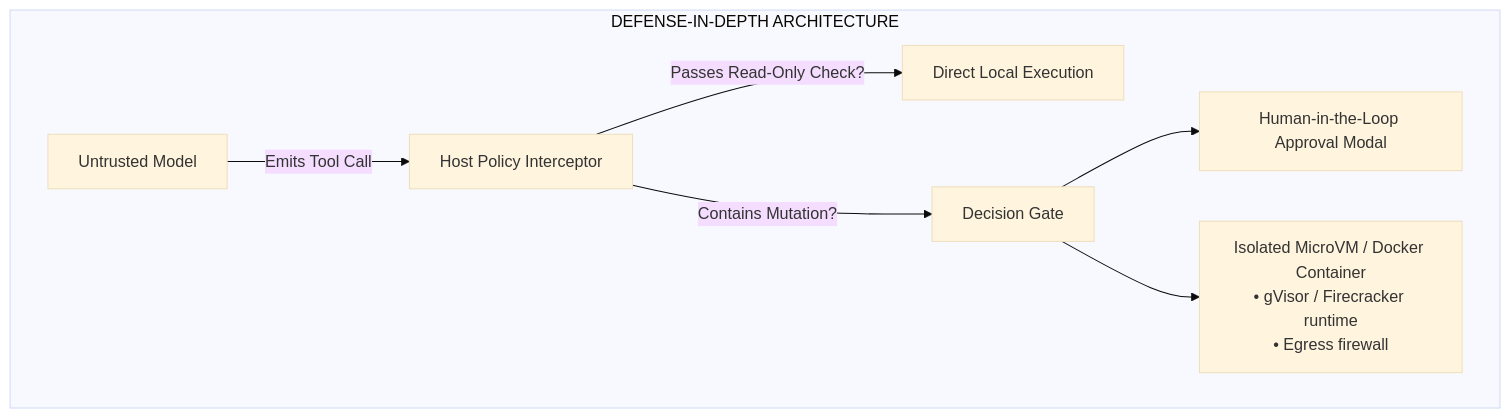
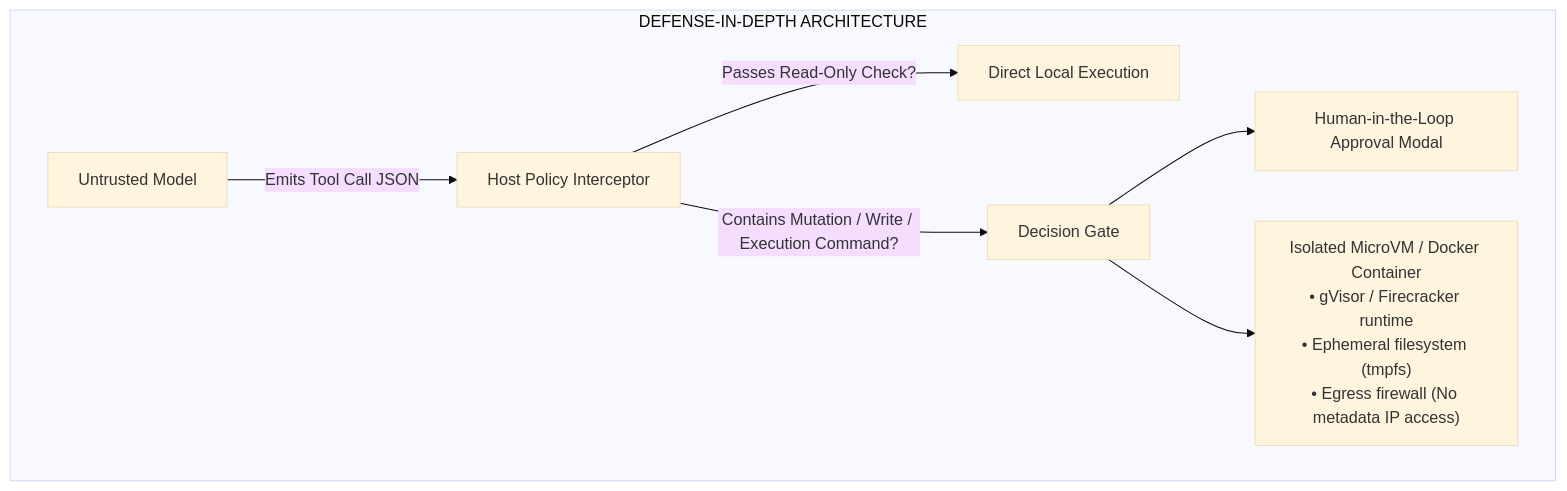
One commit to dip4k/senior-engineer-to-ai-engineer-roadmap changed the fifth of 12 diagrams in 03-tools-and-model-context-protocol/README.md. Above: the diagram before and after it, drawn with Mermaid (base theme). The commit also changed other lines of this file and 15 other files, not shown here.

Commit message:
Complete 2026 AI Engineer roadmap enhancements: Context Engineering master discipline, Agent Memory lab, reasoning models, EU AI Act governance guide, Top 15 beginner mistakes, and diagram sanity pass

````diff
--- a/03-tools-and-model-context-protocol/README.md
+++ b/03-tools-and-model-context-protocol/README.md
@@ -115,10 +185,10 @@
 ```mermaid
 flowchart TD
     subgraph Defense["DEFENSE-IN-DEPTH ARCHITECTURE"]
-        Model["Untrusted Model"] -->|Emits Tool Call| Interceptor["Host Policy Interceptor"]
+        Model["Untrusted Model"] -->|Emits Tool Call JSON| Interceptor["Host Policy Interceptor"]
         Interceptor -->|Passes Read-Only Check?| Direct["Direct Local Execution"]
-        Interceptor -->|Contains Mutation?| Gate["Decision Gate"]
+        Interceptor -->|Contains Mutation / Write / Execution Command?| Gate["Decision Gate"]
         Gate --> HITL["Human-in-the-Loop Approval Modal"]
-        Gate --> Sandbox["Isolated MicroVM / Docker Container<br>• gVisor / Firecracker runtime<br>• Egress firewall"]
+        Gate --> Sandbox["Isolated MicroVM / Docker Container<br>• gVisor / Firecracker runtime<br>• Ephemeral filesystem (tmpfs)<br>• Egress firewall (No metadata IP access)"]
     end
 ```
````
